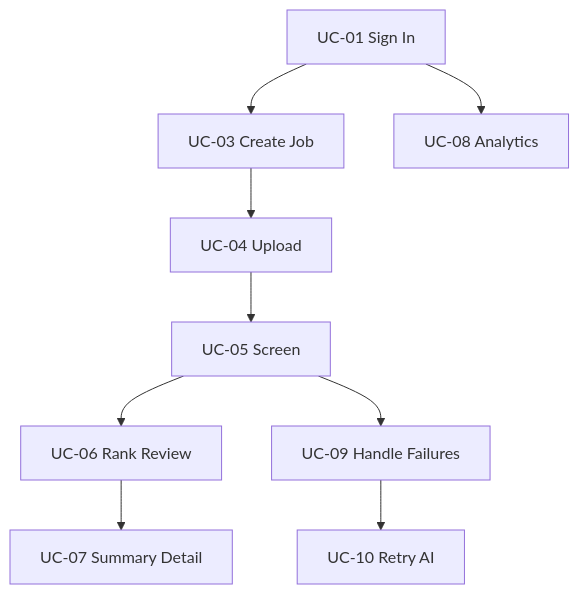
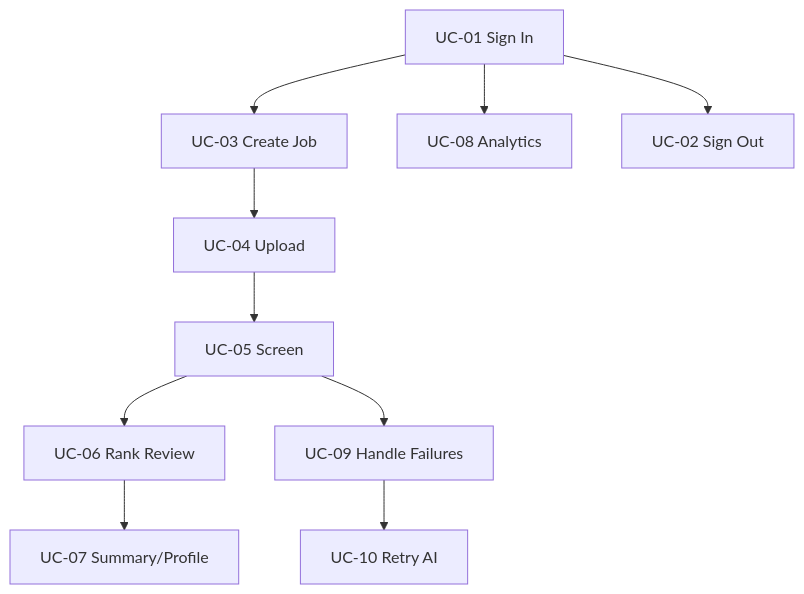
The tenth of 11 diagrams in docs/01-requirements/03-Software-Requirements-Specification.md (VishnuVardhan-CH-2022/resume-rank-ai-dev), drawn with Mermaid before and after one commit. The commit also changed other lines of this file and 3 other files, not shown here.

````diff
--- a/docs/01-requirements/03-Software-Requirements-Specification.md
+++ b/docs/01-requirements/03-Software-Requirements-Specification.md
@@ -885,11 +1098,12 @@
 ```mermaid
 flowchart TB
   UC01[UC-01 Sign In] --> UC03[UC-03 Create Job]
   UC03 --> UC04[UC-04 Upload]
   UC04 --> UC05[UC-05 Screen]
   UC05 --> UC06[UC-06 Rank Review]
-  UC06 --> UC07[UC-07 Summary Detail]
+  UC06 --> UC07[UC-07 Summary/Profile]
   UC05 --> UC09[UC-09 Handle Failures]
   UC09 --> UC10[UC-10 Retry AI]
   UC01 --> UC08[UC-08 Analytics]
+  UC01 --> UC02[UC-02 Sign Out]
 ```
````
